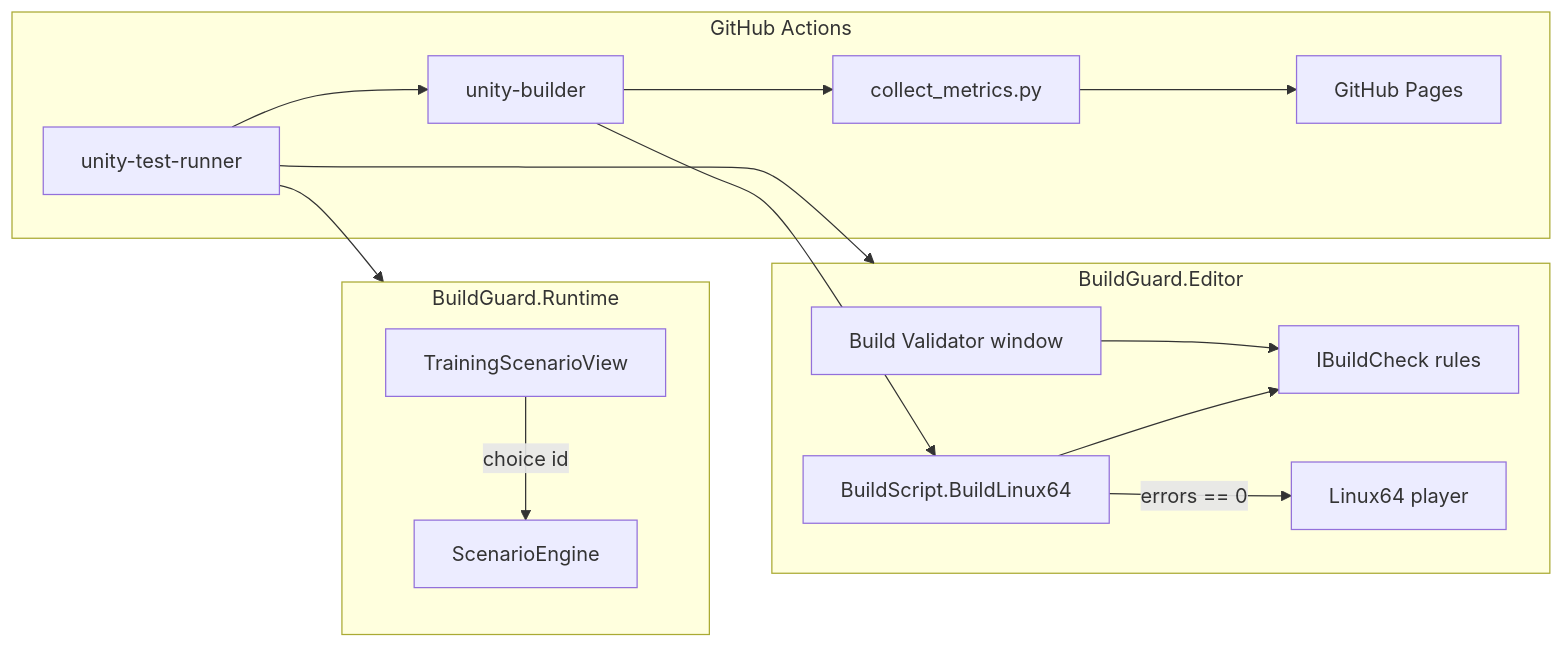
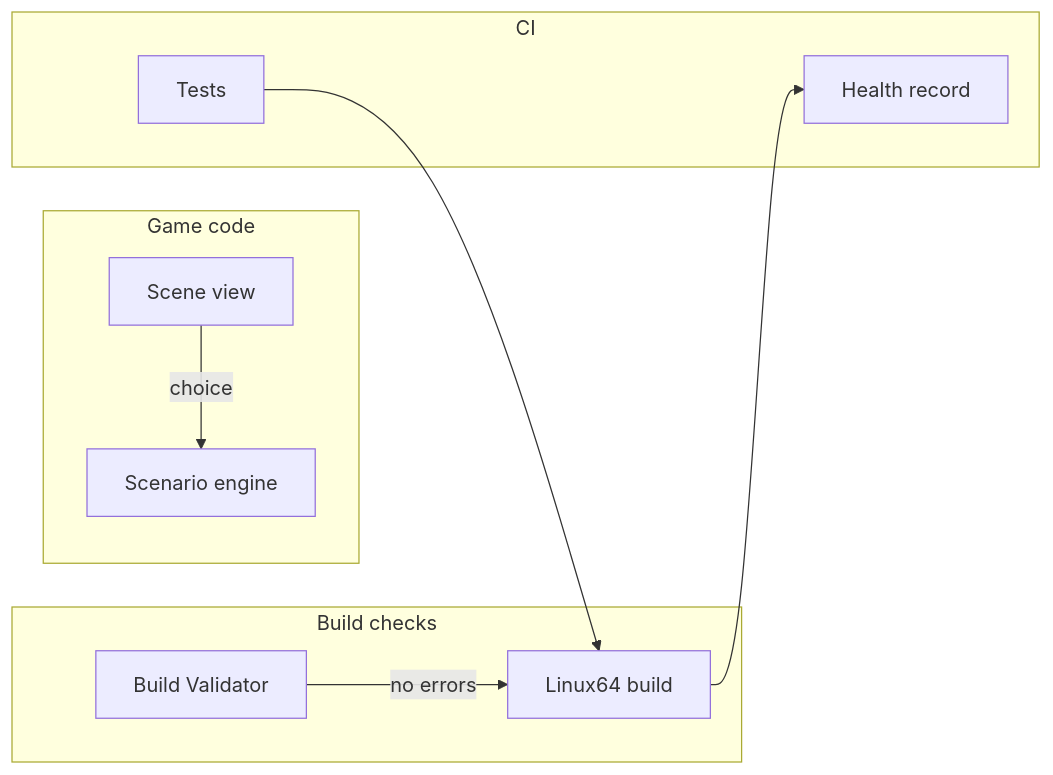
Before and after one commit to Pcdesai11/BuildGuard: the diagram in README.md, drawn with Mermaid. The commit also changed other lines of this file and 3 other files, not shown here.

````diff
--- a/README.md
+++ b/README.md
@@ -23,26 +26,19 @@
 ```mermaid
 flowchart LR
-  subgraph runtime [BuildGuard.Runtime]
-    View[TrainingScenarioView]
-    Engine[ScenarioEngine]
-    View -->|choice id| Engine
+  subgraph game [Game code]
+    View[Scene view]
+    Engine[Scenario engine]
+    View -->|choice| Engine
   end
-  subgraph editor [BuildGuard.Editor]
-    Window[Build Validator window]
-    Build[BuildScript.BuildLinux64]
-    Checks[IBuildCheck rules]
-    Window --> Checks
-    Build --> Checks
-    Build -->|errors == 0| Player[Linux64 player]
+  subgraph checks [Build checks]
+    Validator[Build Validator]
+    Build[Linux64 build]
+    Validator -->|no errors| Build
   end
-  subgraph pipeline [GitHub Actions]
-    Tests[unity-test-runner]
-    Builder[unity-builder]
-    Metrics[collect_metrics.py]
-    Pages[GitHub Pages]
-    Tests --> Builder --> Metrics --> Pages
+  subgraph ci [CI]
+    Tests[Tests]
+    Report[Health record]
+    Tests --> Build
+    Build --> Report
   end
-  Tests --> runtime
-  Tests --> editor
-  Builder --> Build
 ```
````
